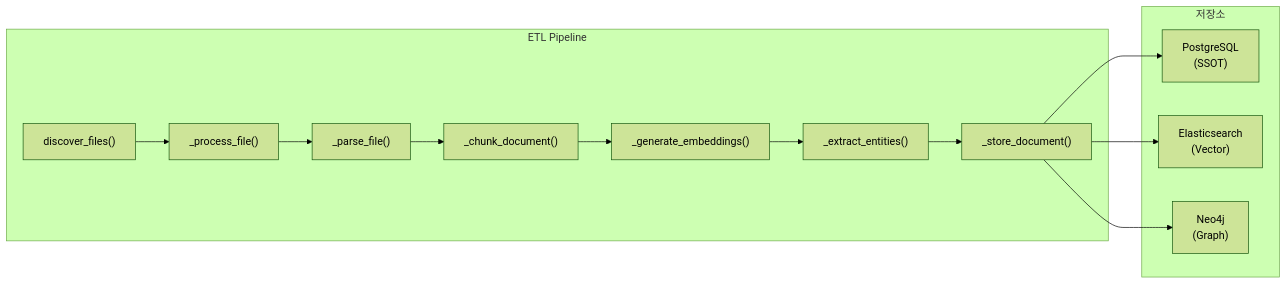
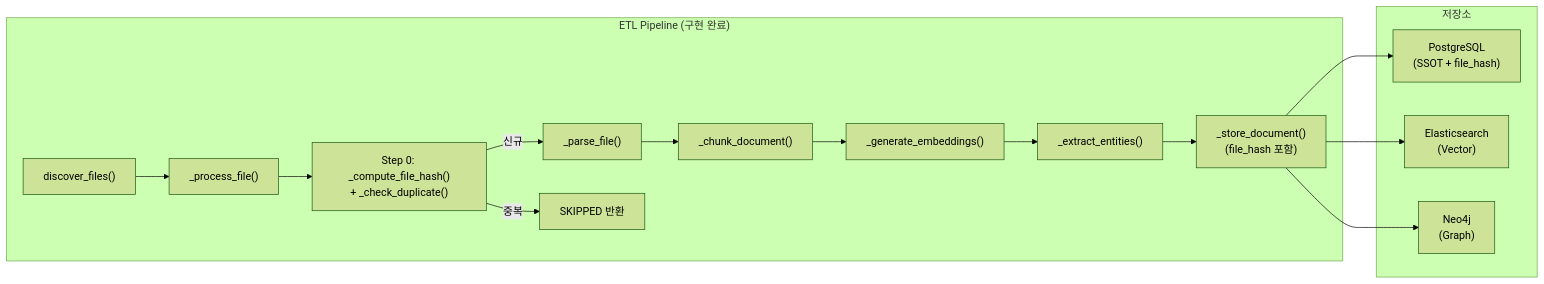
The first of 2 diagrams in knowledge_service/docs/05_development/11_initial_data_loader_dedup_review.md (k82022603/hybrid-rag-knowledge-ops), drawn with Mermaid (forest theme) before and after one commit. The commit also changed other lines of this file and 6 other files, not shown here.

````diff
--- a/knowledge_service/docs/05_development/11_initial_data_loader_dedup_review.md
+++ b/knowledge_service/docs/05_development/11_initial_data_loader_dedup_review.md
@@ -18,17 +20,19 @@
 ```mermaid
 flowchart LR
-    subgraph Pipeline["ETL Pipeline"]
+    subgraph Pipeline["ETL Pipeline (구현 완료)"]
         A["discover_files()"] --> B["_process_file()"]
-        B --> C["_parse_file()"]
+        B --> B0["Step 0: _compute_file_hash()<br/>+ _check_duplicate()"]
+        B0 -->|신규| C["_parse_file()"]
+        B0 -->|중복| SKIP["SKIPPED 반환"]
         C --> D["_chunk_document()"]
         D --> E["_generate_embeddings()"]
         E --> F["_extract_entities()"]
-        F --> G["_store_document()"]
+        F --> G["_store_document()<br/>(file_hash 포함)"]
     end
 
     subgraph Storage["저장소"]
-        G --> PG["PostgreSQL<br/>(SSOT)"]
+        G --> PG["PostgreSQL<br/>(SSOT + file_hash)"]
         G --> ES["Elasticsearch<br/>(Vector)"]
         G --> N4J["Neo4j<br/>(Graph)"]
     end
 ```
````
